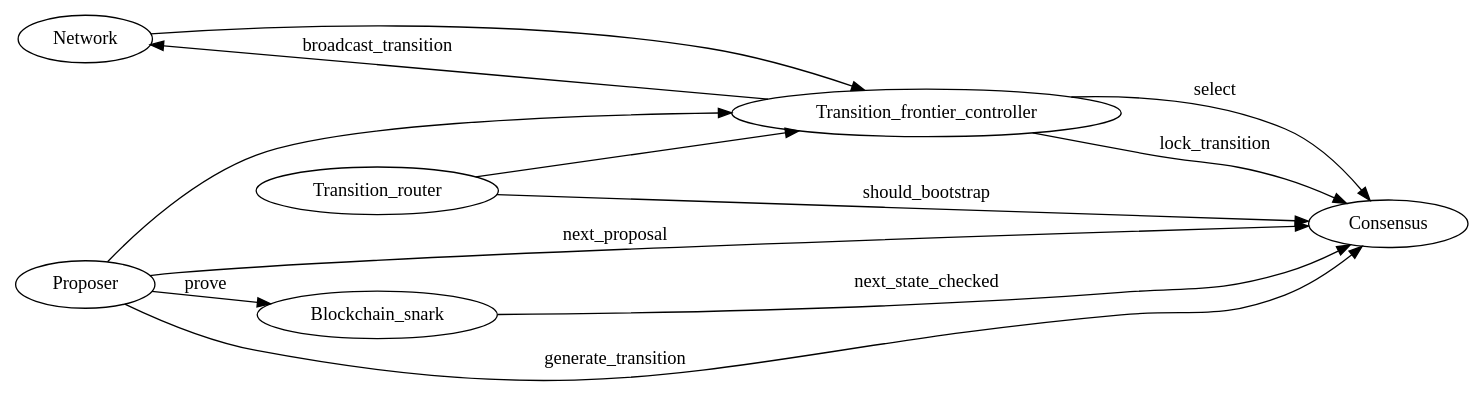
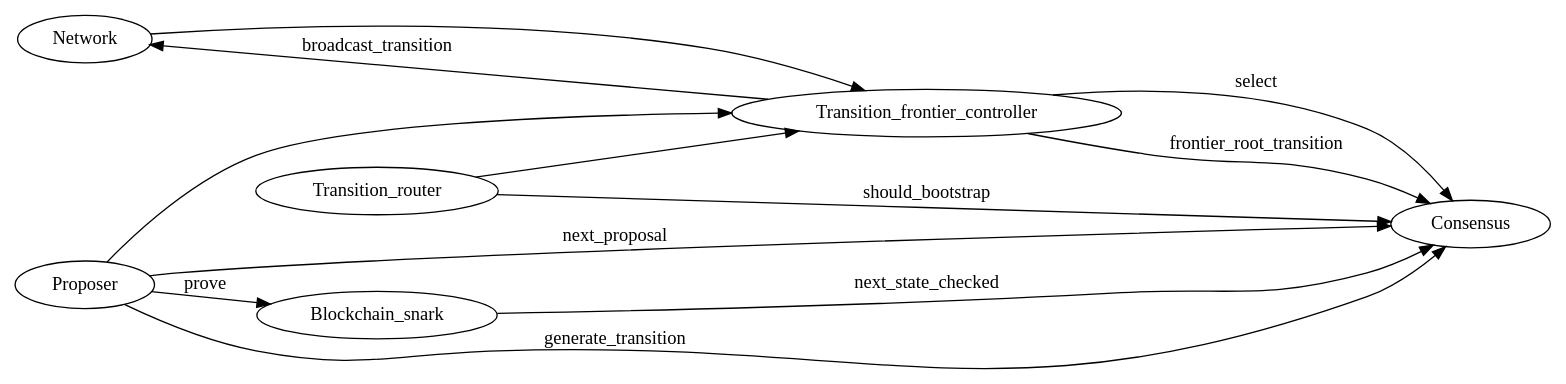
One commit to MinaProtocol/mina changed the diagram in docs/res/consensus_hooks.dot. Above: the diagram before and after it, drawn with Graphviz. The commit also changed 4 other files, not shown here.

First line of the commit message:
rename lock_transition to frontier_root_transition

```diff
--- a/docs/res/consensus_hooks.dot
+++ b/docs/res/consensus_hooks.dot
@@ -1,21 +1,21 @@
 digraph G {
   rankdir=LR;
 
   { rank=source; Network; Proposer }
   { rank=same; Transition_router; Blockchain_snark }
   { rank=sink; Consensus }
 
   {Network, Proposer, Transition_router} -> Transition_frontier_controller;
   Transition_frontier_controller -> Network [label="broadcast_transition"];
 
   Transition_router -> Consensus [label="should_bootstrap"];
 
   Transition_frontier_controller -> Consensus [label="select"];
-  Transition_frontier_controller -> Consensus [label="lock_transition"];
+  Transition_frontier_controller -> Consensus [label="frontier_root_transition"];
 
   Proposer -> Consensus [label="generate_transition"];
   Proposer -> Consensus [label="next_proposal"];
   Proposer -> Blockchain_snark [label="prove"];
 
   Blockchain_snark -> Consensus [label="next_state_checked"];
 }
```
